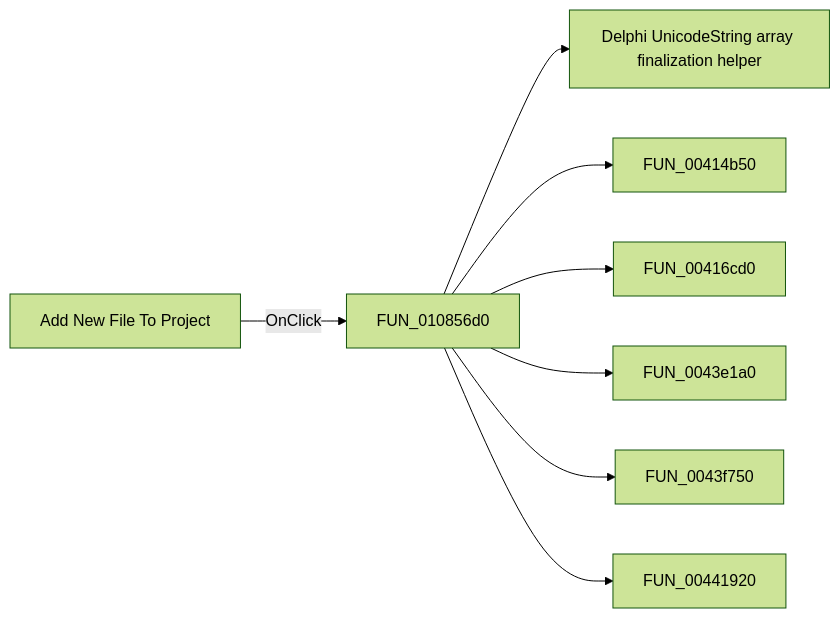
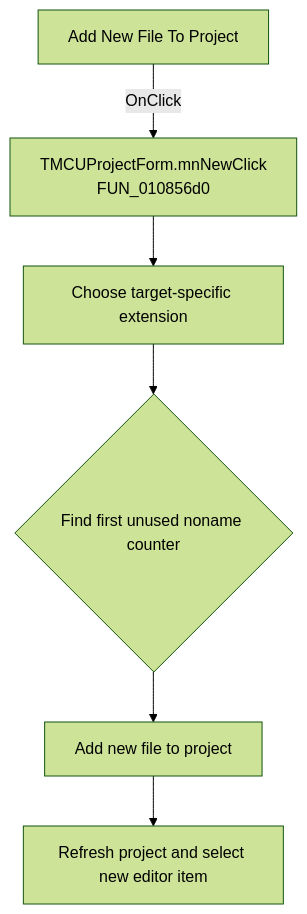
One commit to MovGP0/TIARA changed the diagram in docs/ui-controls/mcuprojectform/sbaddnewfile-d544351707.md. Above: the diagram before and after it, drawn with Mermaid (forest theme). The commit also changed other lines of this file and 1062 other files, not shown here.

````diff
--- a/docs/ui-controls/mcuprojectform/sbaddnewfile-d544351707.md
+++ b/docs/ui-controls/mcuprojectform/sbaddnewfile-d544351707.md
@@ -27,10 +27,8 @@
 ```mermaid
-flowchart LR
-    control["Add New File To Project"] -->|OnClick| handler["FUN_010856d0"]
-    handler --> call1["Delphi UnicodeString array finalization helper"]
-    handler --> call2["FUN_00414b50"]
-    handler --> call3["FUN_00416cd0"]
-    handler --> call4["FUN_0043e1a0"]
-    handler --> call5["FUN_0043f750"]
-    handler --> call6["FUN_00441920"]
+flowchart TD
+    control["Add New File To Project"] -->|OnClick| handler["TMCUProjectForm.mnNewClick<br/>FUN_010856d0"]
+    handler --> extension["Choose target-specific extension"]
+    extension --> unique{"Find first unused noname counter"}
+    unique --> create["Add new file to project"]
+    create --> refresh["Refresh project and select new editor item"]
 ```
````
